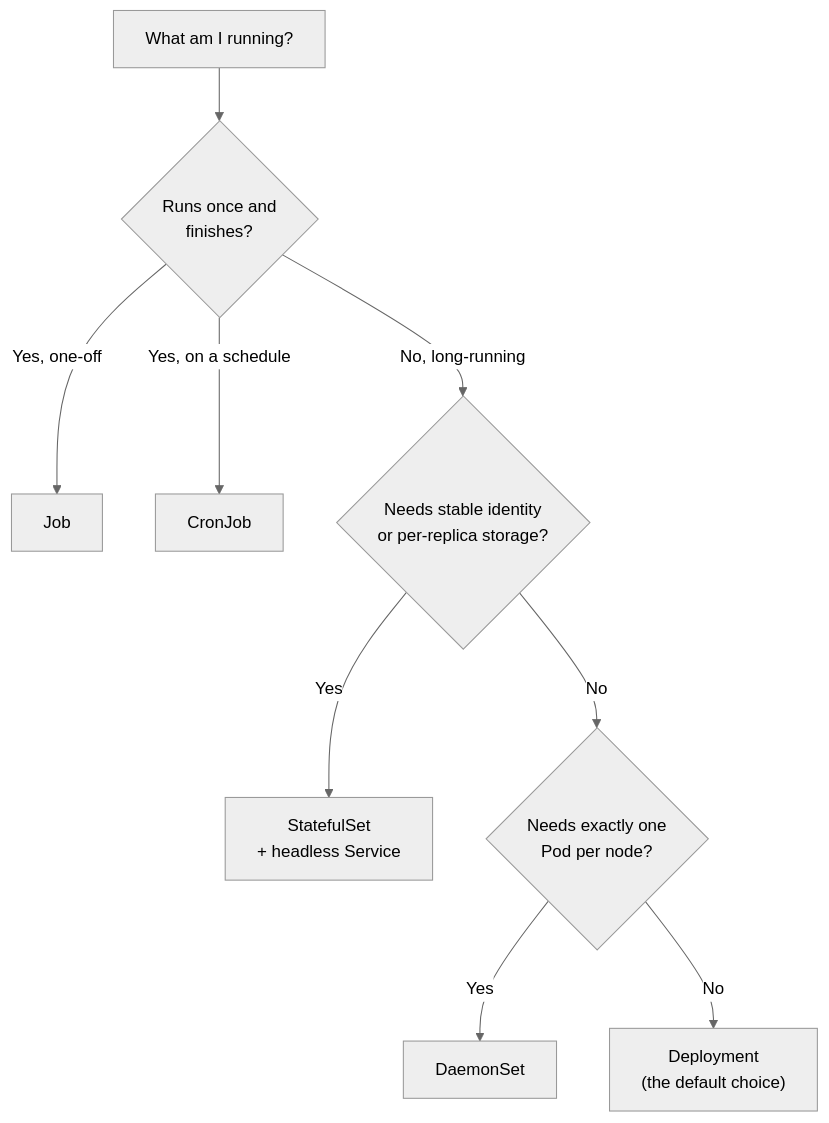
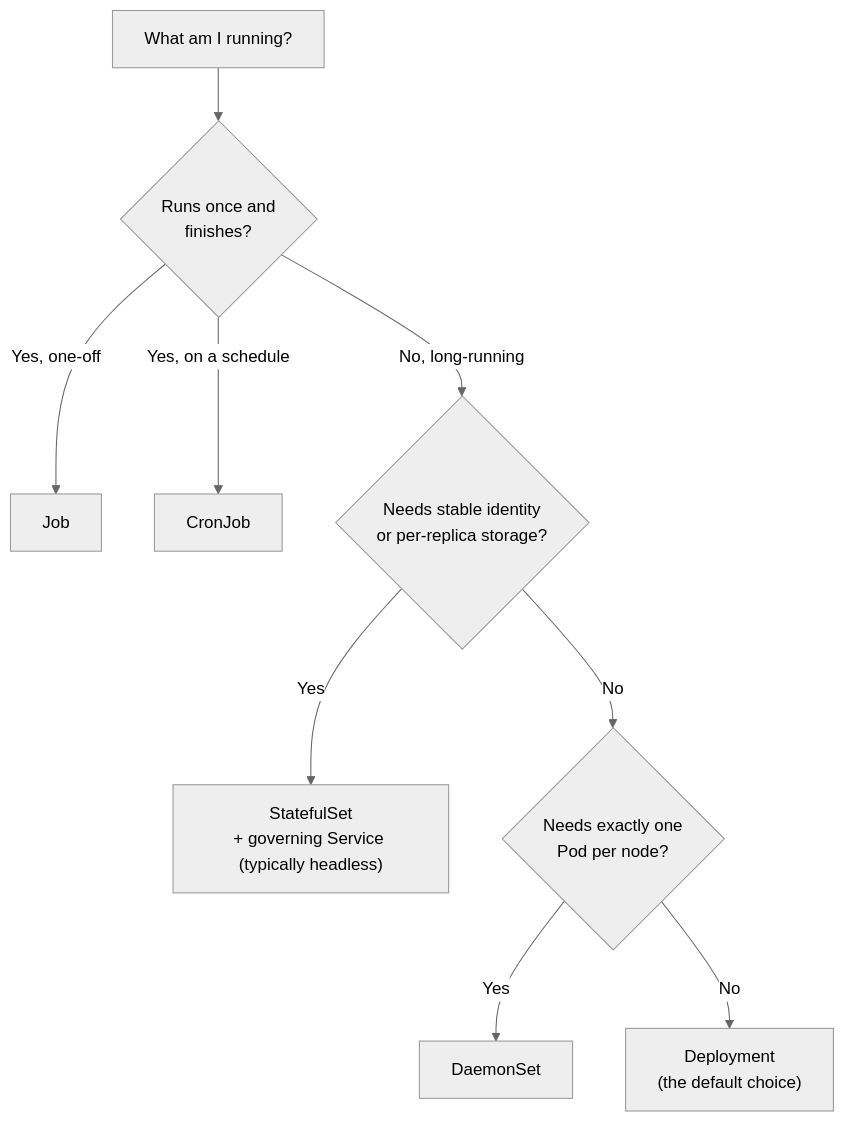
Before and after one commit to karthikreddy432/CKAD: the first of 6 diagrams in 02_chapter_application_design_build.md, drawn with Mermaid (neutral theme). The commit also changed other lines of this file and 15 other files, not shown here.

````diff
--- a/02_chapter_application_design_build.md
+++ b/02_chapter_application_design_build.md
@@ -30,16 +30,16 @@
 ```mermaid
 flowchart TD
     START["What am I running?"] --> Q1{"Runs once and
 finishes?"}
     Q1 -->|Yes, one-off| JOB["Job"]
     Q1 -->|Yes, on a schedule| CRON["CronJob"]
     Q1 -->|No, long-running| Q2{"Needs stable identity
 or per-replica storage?"}
     Q2 -->|Yes| SS["StatefulSet
-+ headless Service"]
++ governing Service (typically headless)"]
     Q2 -->|No| Q3{"Needs exactly one
 Pod per node?"}
     Q3 -->|Yes| DS["DaemonSet"]
     Q3 -->|No| DEPLOY["Deployment
 (the default choice)"]
 ```
````
